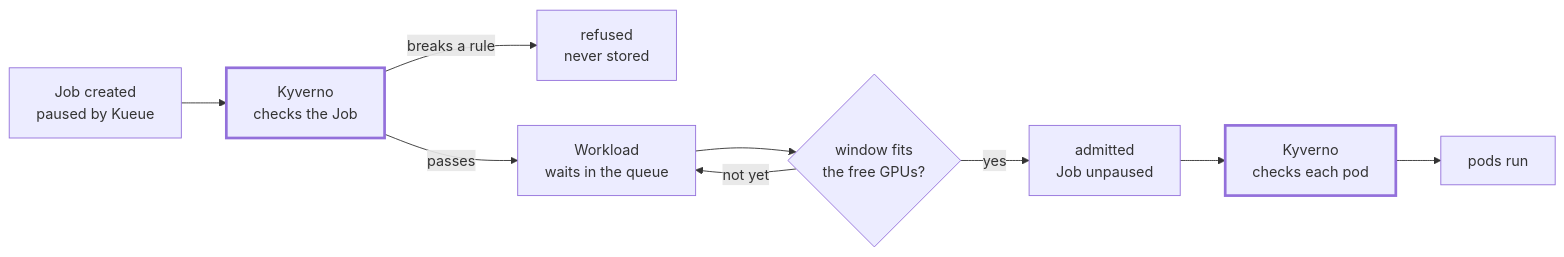
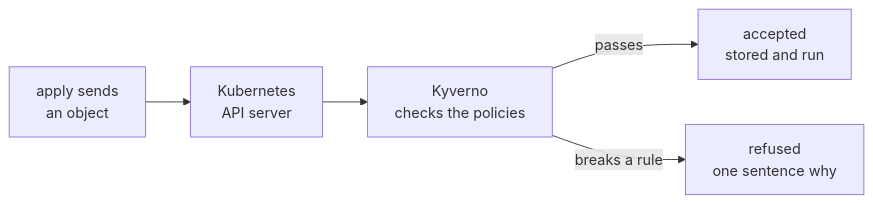
The diagram in docs/slides/assets/part-1-from-one-folder-to-the-archive-3.mmd (AI-Riksarkivet/htrflow-batch), drawn with Mermaid before and after one commit. The commit also changed 10 other files, not shown here.

First line of the commit message:
docs(slides): introduce what is inside what before Kyverno and Kueue

```diff
--- a/docs/slides/assets/part-1-from-one-folder-to-the-archive-3.mmd
+++ b/docs/slides/assets/part-1-from-one-folder-to-the-archive-3.mmd
@@ -1,16 +1,9 @@
 flowchart LR
-  J["Job created<br/>paused by Kueue"]
-  K1["Kyverno<br/>checks the Job"]
-  REFUSED["refused<br/>never stored"]
-  W["Workload<br/>waits in the queue"]
-  Q{"window fits<br/>the free GPUs?"}
-  R["admitted<br/>Job unpaused"]
-  K2["Kyverno<br/>checks each pod"]
-  P["pods run"]
-  J --> K1
-  K1 -->|"breaks a rule"| REFUSED
-  K1 -->|"passes"| W --> Q
-  Q -->|"not yet"| W
-  Q -->|"yes"| R --> K2 --> P
-  style K1 stroke-width:3px
-  style K2 stroke-width:3px
+  A["apply sends<br/>an object"]
+  API["Kubernetes<br/>API server"]
+  K["Kyverno<br/>checks the policies"]
+  OK["accepted<br/>stored and run"]
+  NO["refused<br/>one sentence why"]
+  A --> API --> K
+  K -->|"passes"| OK
+  K -->|"breaks a rule"| NO
```
